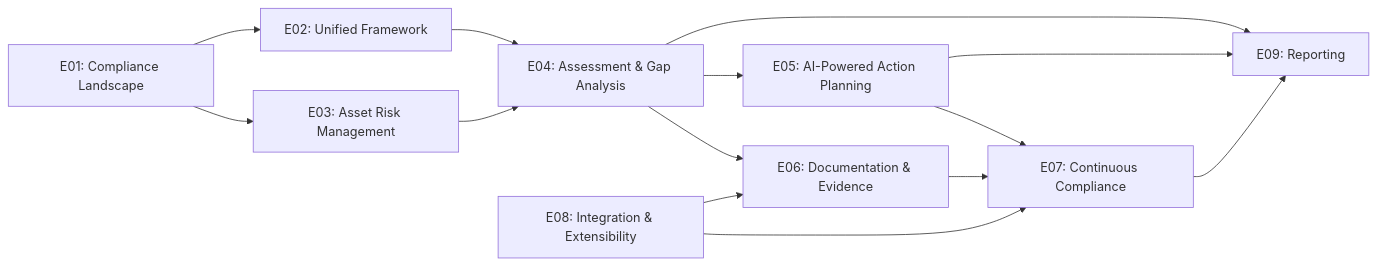
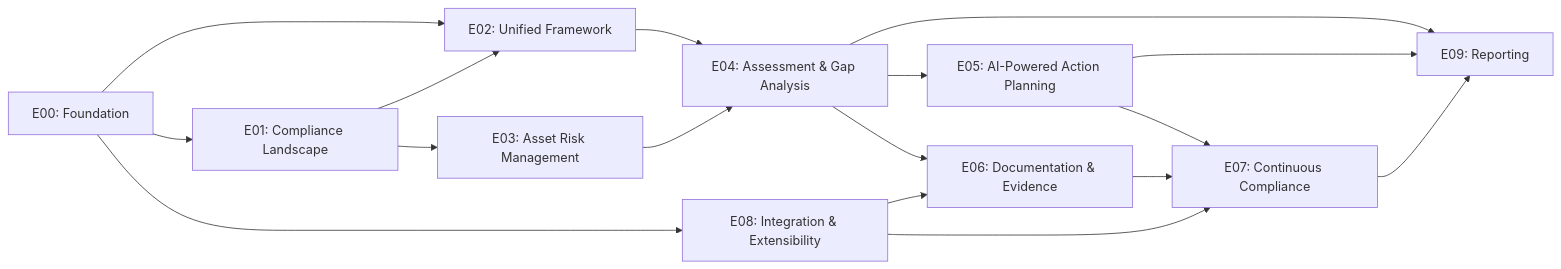
One commit to TH3ndr1/simpltrust_mvp changed the first of 2 diagrams in docs/project_management/epics.md. Above: the diagram before and after it, drawn with Mermaid. The commit also changed other lines of this file and 8 other files, not shown here.

````diff
--- a/docs/project_management/epics.md
+++ b/docs/project_management/epics.md
@@ -25,16 +26,19 @@
 ```mermaid
 graph LR
+    E00[E00: Foundation] --> E01
+    E00[E00: Foundation] --> E02
+    E00[E00: Foundation] --> E08
     E01[E01: Compliance Landscape] --> E02[E02: Unified Framework]
     E01 --> E03[E03: Asset Risk Management]
     E02 --> E04[E04: Assessment & Gap Analysis]
     E03 --> E04
     E04 --> E05[E05: AI-Powered Action Planning]
     E04 --> E06[E06: Documentation & Evidence]
     E05 --> E07[E07: Continuous Compliance]
     E06 --> E07
     E08[E08: Integration & Extensibility] --> E07
     E08 --> E06
     E04 --> E09[E09: Reporting]
     E05 --> E09
     E07 --> E09
 ```
````
